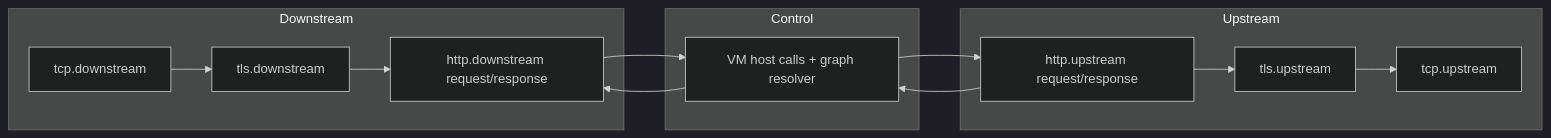
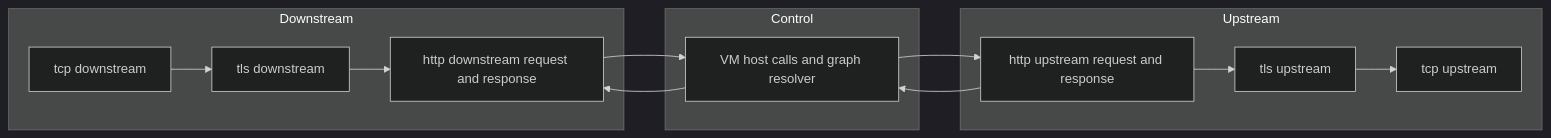
The fifth of 5 diagrams in pd-edge/README.md (rustscript-lang/rustscript), drawn with Mermaid (dark theme) before and after one commit. The commit also changed other lines of this file and 2 other files, not shown here.

````diff
--- a/pd-edge/README.md
+++ b/pd-edge/README.md
@@ -562,25 +563,25 @@
 ```mermaid
 flowchart LR
-    subgraph Downstream
-        D1[tcp.downstream]
-        D2[tls.downstream]
-        D3[http.downstream request/response]
+    subgraph Downstream["Downstream"]
+        D1["tcp downstream"]
+        D2["tls downstream"]
+        D3["http downstream request and response"]
         D1 --> D2 --> D3
     end
 
-    subgraph Control
-        V[VM host calls + graph resolver]
+    subgraph Control["Control"]
+        V["VM host calls and graph resolver"]
     end
 
-    subgraph Upstream
-        U3[http.upstream request/response]
-        U2[tls.upstream]
-        U1[tcp.upstream]
+    subgraph Upstream["Upstream"]
+        U3["http upstream request and response"]
+        U2["tls upstream"]
+        U1["tcp upstream"]
         U3 --> U2 --> U1
     end
 
     D3 --> V
     V --> U3
     U3 --> V
     V --> D3
 ```
````
